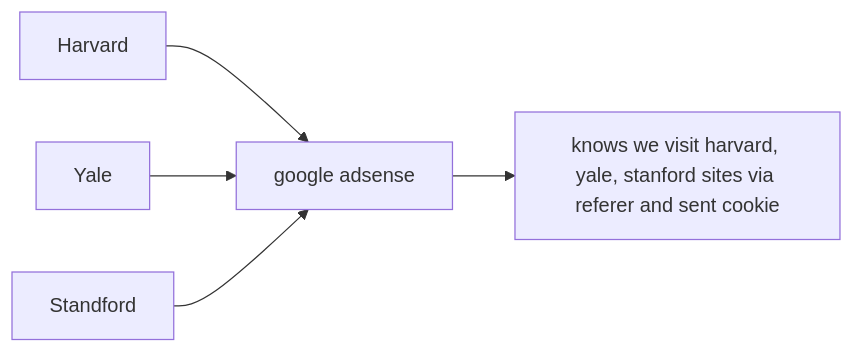
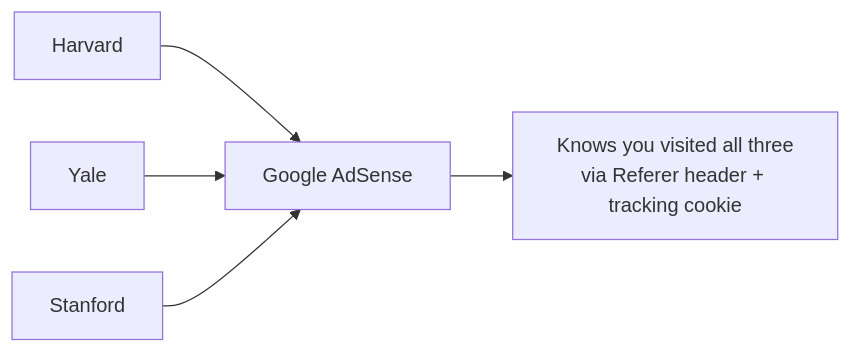
Before and after one commit to namaewafaisal/Obsidian_Vault: diagram 12 of 12 in CyberSecurity CS50.md, drawn with Mermaid. The commit also changed other lines of this file, not shown here.

````diff
--- a/CyberSecurity CS50.md
+++ b/CyberSecurity CS50.md
@@ -1272,7 +885,7 @@
 ```mermaid
 graph LR
-Harvard --> A[google adsense]
-Yale --> A
-Standford --> A
-A --> _[knows we visit harvard, yale, stanford sites via referer and sent cookie]
+    Harvard --> A[Google AdSense]
+    Yale --> A
+    Stanford --> A
+    A --> Result["Knows you visited all three\nvia Referer header + tracking cookie"]
 ```
````
